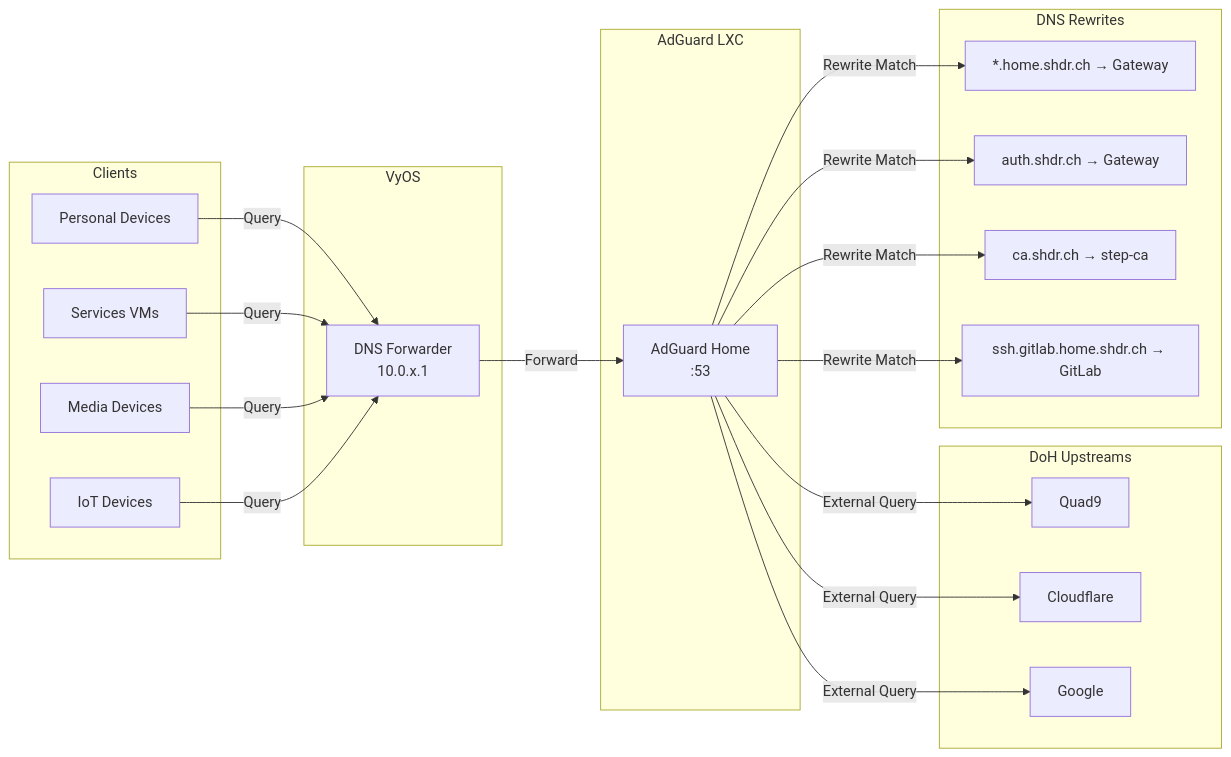
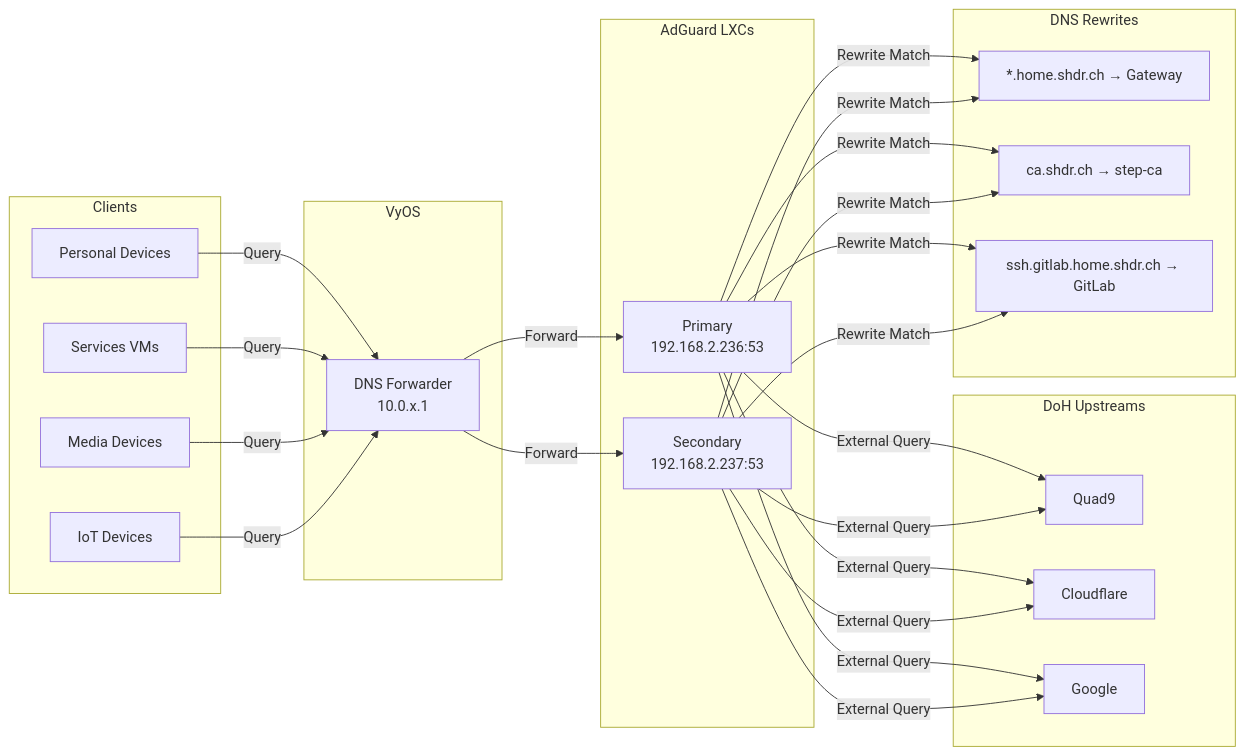
The second of 4 diagrams in docs/networking.md (shedrachokonofua/aether), drawn with Mermaid before and after one commit. The commit also changed other lines of this file and 16 other files, not shown here.

First line of the commit message:
Add secondary AdGuard LXC on trinity

````diff
--- a/docs/networking.md
+++ b/docs/networking.md
@@ -91,35 +105,35 @@
 ```mermaid
 graph LR
     subgraph Clients
         C1[Personal Devices]
         C2[Services VMs]
         C3[Media Devices]
         C4[IoT Devices]
     end
 
     subgraph VyOS
         DNS1[DNS Forwarder<br/>10.0.x.1]
     end
 
-    subgraph AdGuard LXC
-        ADG[AdGuard Home<br/>:53]
+    subgraph AdGuard LXCs
+        ADG1[Primary<br/>192.168.2.236:53]
+        ADG2[Secondary<br/>192.168.2.237:53]
     end
 
     subgraph DoH Upstreams
         Q9[Quad9]
         CF[Cloudflare]
         GG[Google]
     end
 
     subgraph DNS Rewrites
         R1[*.home.shdr.ch → Gateway]
-        R2[auth.shdr.ch → Gateway]
-        R3[ca.shdr.ch → step-ca]
-        R4[ssh.gitlab.home.shdr.ch → GitLab]
+        R2[ca.shdr.ch → step-ca]
+        R3[ssh.gitlab.home.shdr.ch → GitLab]
     end
 
     C1 & C2 & C3 & C4 -->|Query| DNS1
-    DNS1 -->|Forward| ADG
-    ADG -->|Rewrite Match| R1 & R2 & R3 & R4
-    ADG -->|External Query| Q9 & CF & GG
+    DNS1 -->|Forward| ADG1 & ADG2
+    ADG1 & ADG2 -->|Rewrite Match| R1 & R2 & R3
+    ADG1 & ADG2 -->|External Query| Q9 & CF & GG
 ```
````
